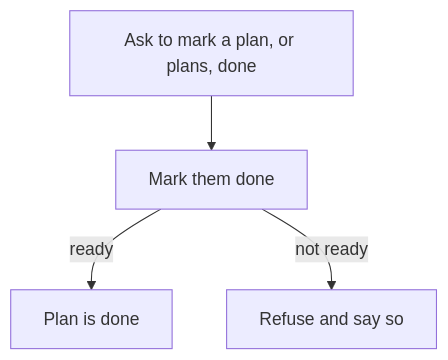
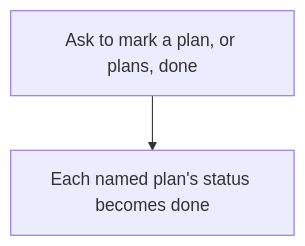
The diagram in intent/i016-mark-done-no-precheck/INTENT.md (kaotypr/context-circuit-source), drawn with Mermaid before and after one commit. The commit also changed other lines of this file and 6 other files, not shown here.

First line of the commit message:
docs(intent): revise i016 so mark-done flips status with no check

````diff
--- a/intent/i016-mark-done-no-precheck/INTENT.md
+++ b/intent/i016-mark-done-no-precheck/INTENT.md
@@ -15,6 +11,4 @@
 ```mermaid
 flowchart TD
-  A["Ask to mark a plan, or plans, done"] --> B["Mark them done"]
-  B -->|ready| C["Plan is done"]
-  B -->|not ready| D["Refuse and say so"]
+  A["Ask to mark a plan, or plans, done"] --> B["Each named plan's status becomes done"]
 ```
````
